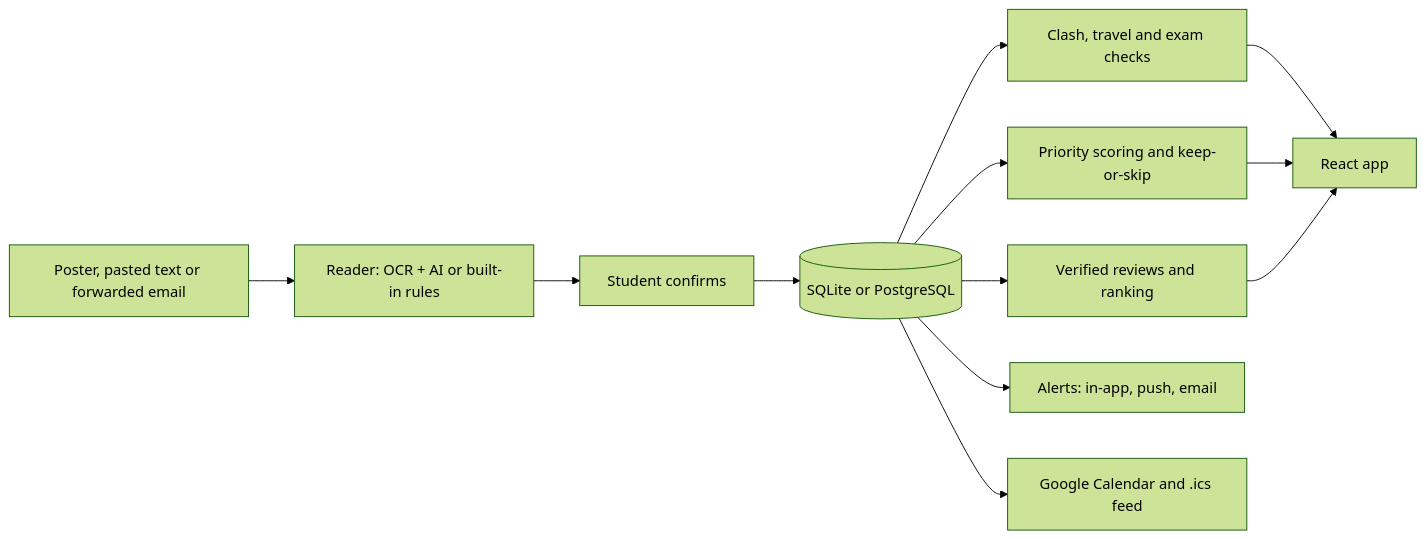
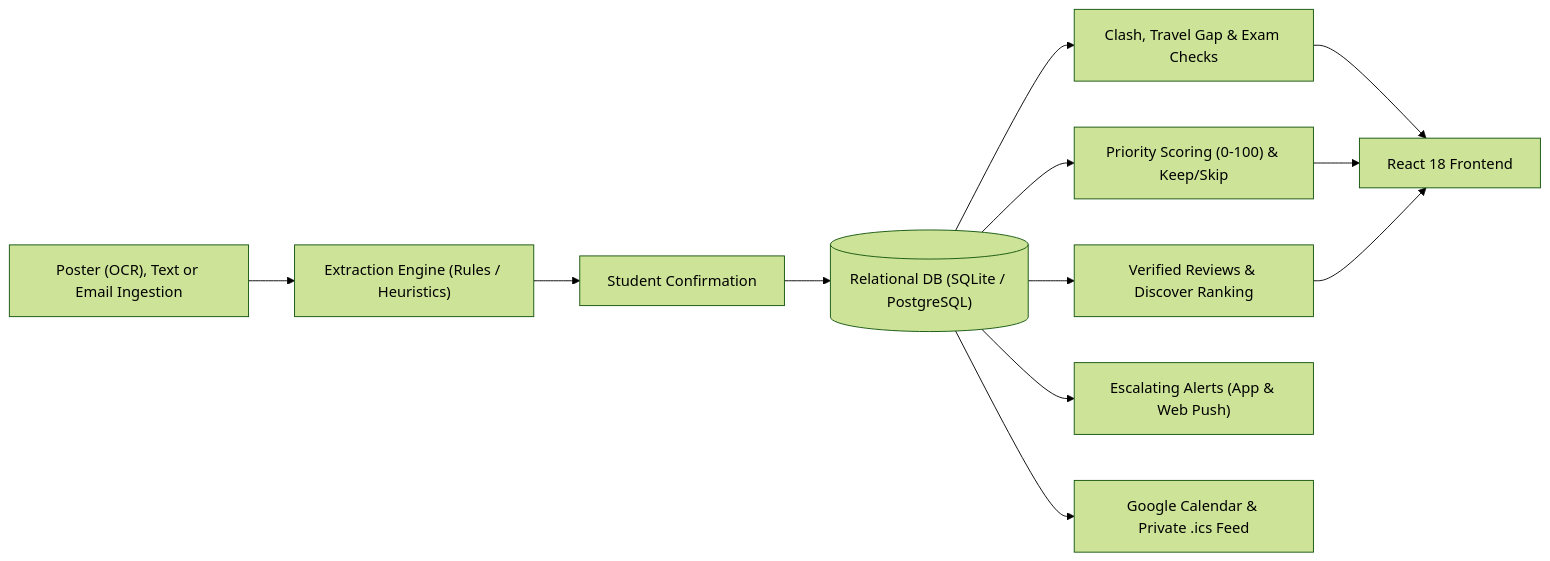
The diagram in README.md (manavsetia008/Eventure), drawn with Mermaid (forest theme) before and after one commit. The commit also changed other lines of this file, not shown here.

Commit message:
docs: polish README with badges, architecture, and setup instructions

````diff
--- a/README.md
+++ b/README.md
@@ -15,14 +30,14 @@
 ```mermaid
 flowchart LR
-  A["Poster, pasted text or forwarded email"] --> B["Reader: OCR + AI or built-in rules"]
-  B --> C["Student confirms"]
-  C --> D[("SQLite or PostgreSQL")]
-  D --> E["Clash, travel and exam checks"]
-  D --> F["Priority scoring and keep-or-skip"]
-  D --> G["Verified reviews and ranking"]
-  E --> H["React app"]
+  A["Poster (OCR), Text or Email Ingestion"] --> B["Extraction Engine (Rules / Heuristics)"]
+  B --> C["Student Confirmation"]
+  C --> D[("Relational DB (SQLite / PostgreSQL)")]
+  D --> E["Clash, Travel Gap & Exam Checks"]
+  D --> F["Priority Scoring (0-100) & Keep/Skip"]
+  D --> G["Verified Reviews & Discover Ranking"]
+  E --> H["React 18 Frontend"]
   F --> H
   G --> H
-  D --> I["Alerts: in-app, push, email"]
-  D --> J["Google Calendar and .ics feed"]
+  D --> I["Escalating Alerts (App & Web Push)"]
+  D --> J["Google Calendar & Private .ics Feed"]
 ```
````
